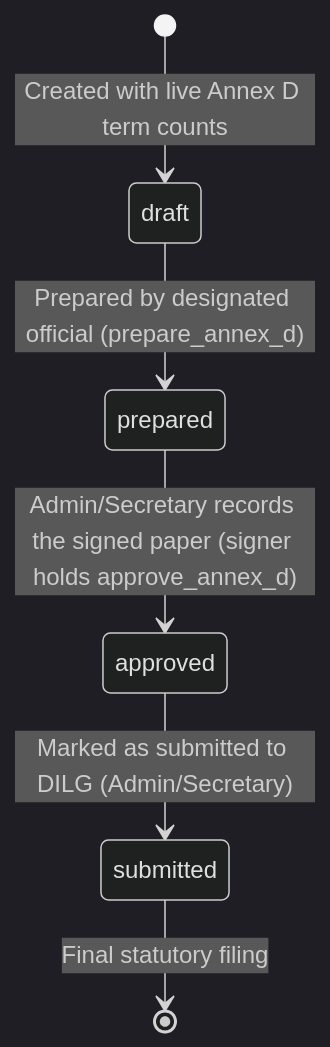
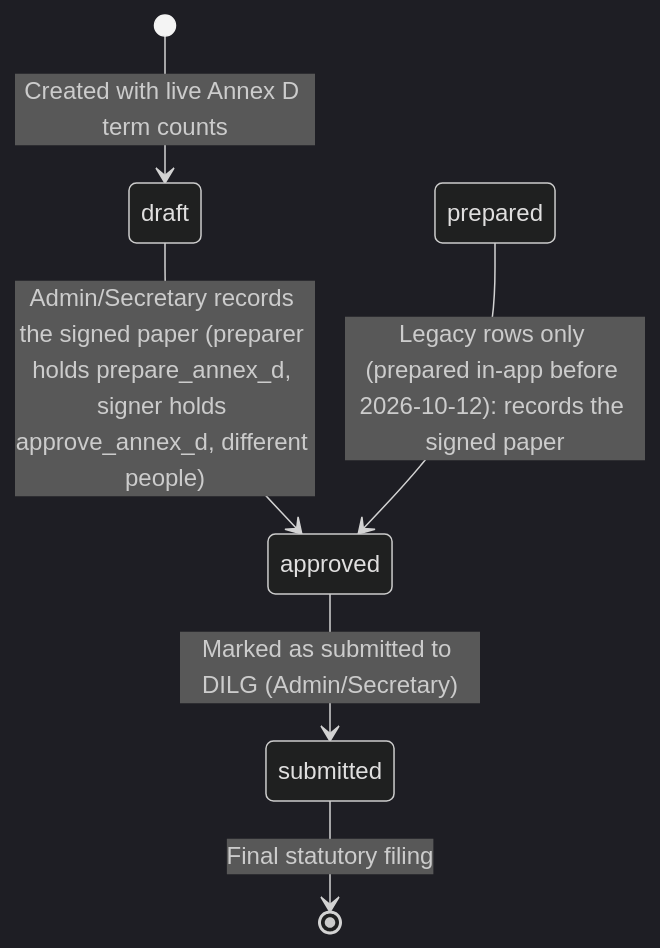
The tenth of 13 diagrams in docs/WORKFLOWS_AND_RULES.md (jpbuenosaires/Baranguard), drawn with Mermaid (dark theme) before and after one commit. The commit also changed other lines of this file and 3 other files, not shown here.

````diff
--- a/docs/WORKFLOWS_AND_RULES.md
+++ b/docs/WORKFLOWS_AND_RULES.md
@@ -337,8 +334,8 @@
 ```mermaid
 stateDiagram-v2
     [*] --> draft : Created with live Annex D term counts
-    draft --> prepared : Prepared by designated official (prepare_annex_d)
-    prepared --> approved : Admin/Secretary records the signed paper (signer holds approve_annex_d)
+    draft --> approved : Admin/Secretary records the signed paper (preparer holds prepare_annex_d, signer holds approve_annex_d, different people)
+    prepared --> approved : Legacy rows only (prepared in-app before 2026-10-12): records the signed paper
     approved --> submitted : Marked as submitted to DILG (Admin/Secretary)
     submitted --> [*] : Final statutory filing
 ```
````
